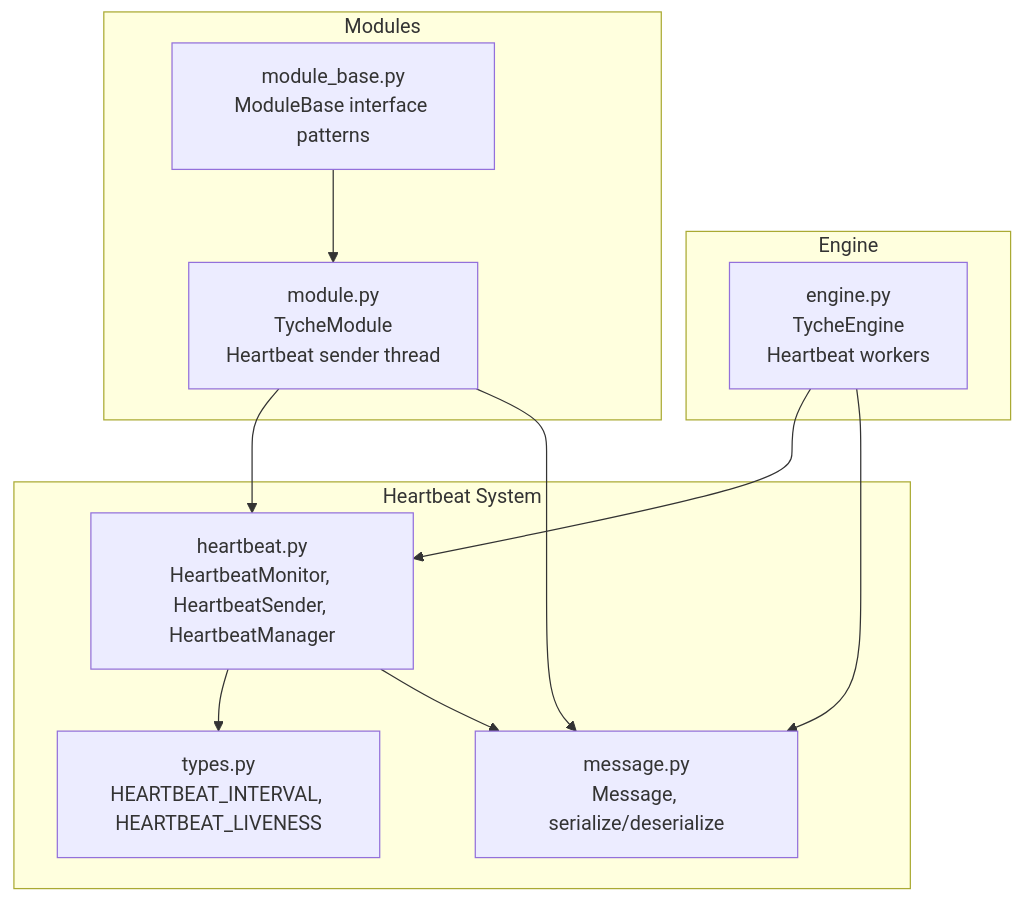
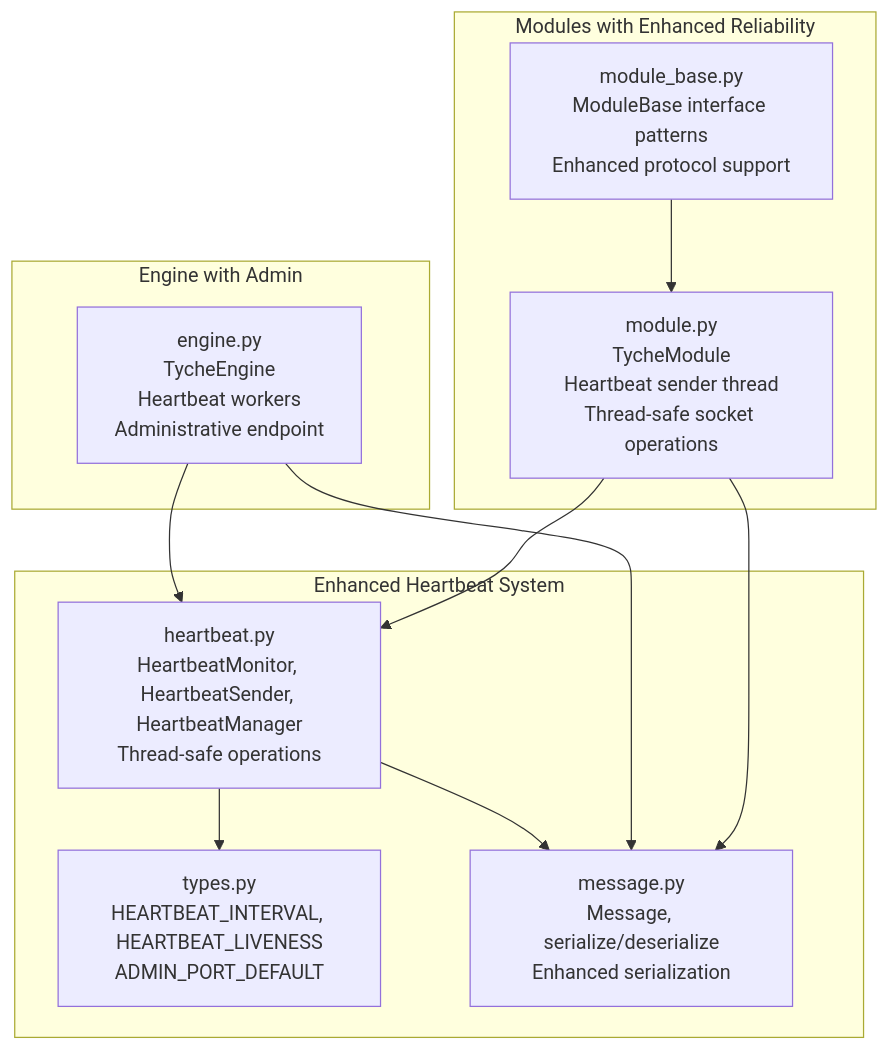
Before and after one commit to zt281/TycheEngine: the first of 11 diagrams in .qoder/repowiki/en/content/Heartbeat and Reliability.md, drawn with Mermaid. The commit also changed other lines of this file and 34 other files, not shown here.

First line of the commit message:
feat: implement unified message queue (v3 interface model)

````diff
--- a/.qoder/repowiki/en/content/Heartbeat and Reliability.md
+++ b/.qoder/repowiki/en/content/Heartbeat and Reliability.md
@@ -38,22 +50,22 @@
 ```mermaid
 graph TB
-subgraph "Heartbeat System"
-HB["heartbeat.py<br/>HeartbeatMonitor, HeartbeatSender, HeartbeatManager"]
-TYPES["types.py<br/>HEARTBEAT_INTERVAL, HEARTBEAT_LIVENESS"]
-MSG["message.py<br/>Message, serialize/deserialize"]
+subgraph "Enhanced Heartbeat System"
+HB["heartbeat.py<br/>HeartbeatMonitor, HeartbeatSender, HeartbeatManager<br/>Thread-safe operations"]
+TYPES["types.py<br/>HEARTBEAT_INTERVAL, HEARTBEAT_LIVENESS<br/>ADMIN_PORT_DEFAULT"]
+MSG["message.py<br/>Message, serialize/deserialize<br/>Enhanced serialization"]
 end
-subgraph "Engine"
-ENGINE["engine.py<br/>TycheEngine<br/>Heartbeat workers"]
+subgraph "Engine with Admin"
+ENGINE["engine.py<br/>TycheEngine<br/>Heartbeat workers<br/>Administrative endpoint"]
 end
-subgraph "Modules"
-MODULE["module.py<br/>TycheModule<br/>Heartbeat sender thread"]
-BASE["module_base.py<br/>ModuleBase interface patterns"]
+subgraph "Modules with Enhanced Reliability"
+MODULE["module.py<br/>TycheModule<br/>Heartbeat sender thread<br/>Thread-safe socket operations"]
+BASE["module_base.py<br/>ModuleBase interface patterns<br/>Enhanced protocol support"]
 end
 HB --> TYPES
 HB --> MSG
 ENGINE --> HB
+ENGINE --> MSG
 MODULE --> HB
 MODULE --> MSG
-ENGINE --> MSG
 BASE --> MODULE
 ```
````
